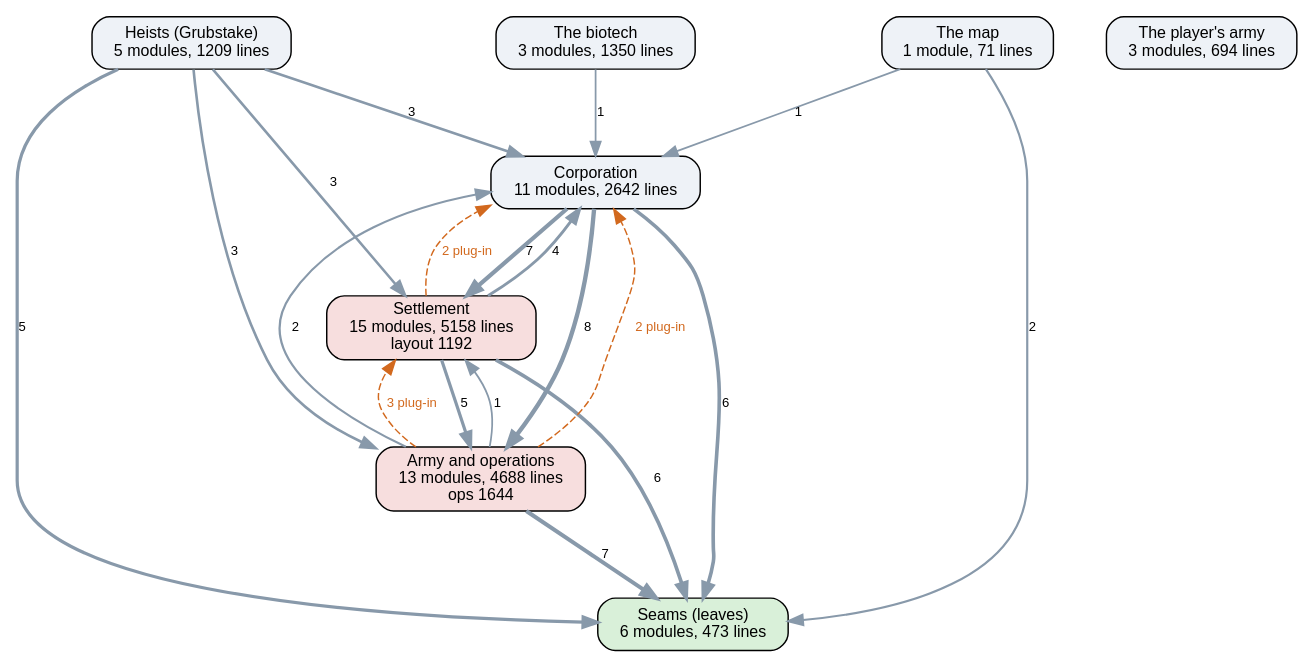
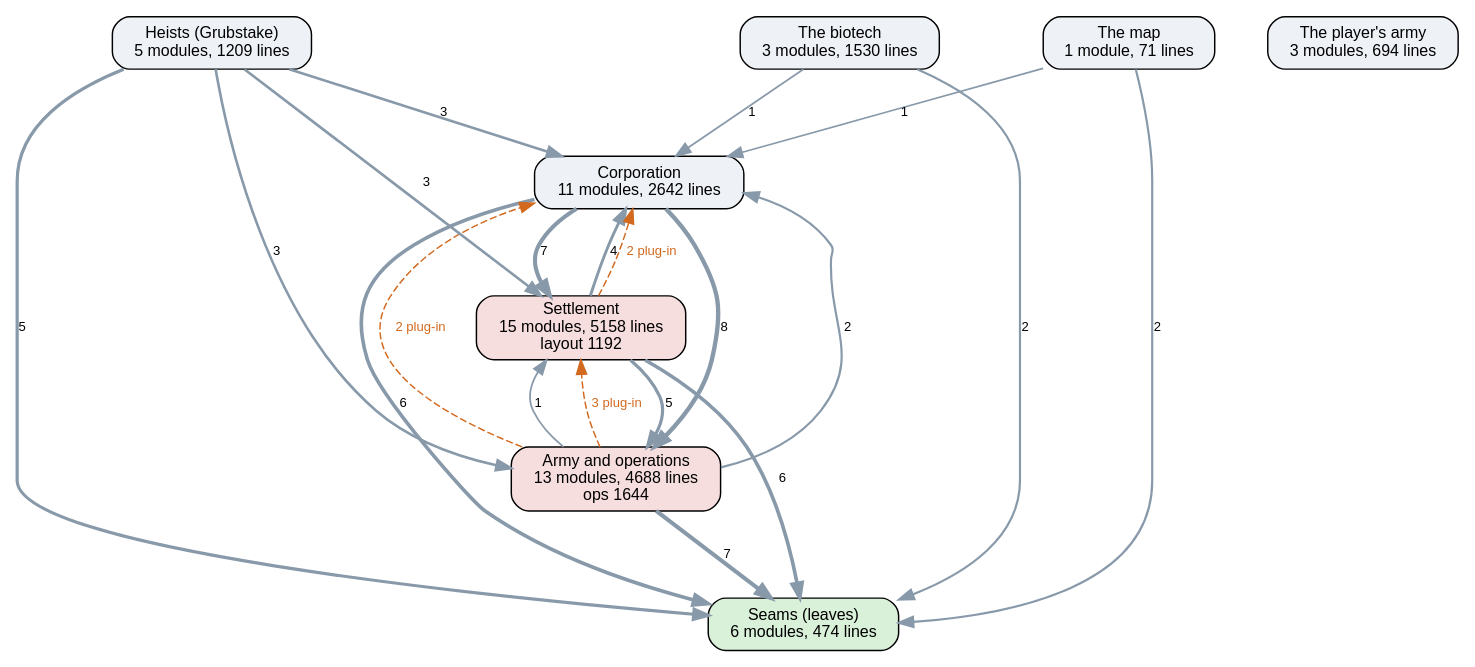
The diagram in docs/ai-layers.dot (kinelhu/landing-party), drawn with Graphviz before and after one commit. The commit also changed 26 other files, not shown here.

```diff
--- a/docs/ai-layers.dot
+++ b/docs/ai-layers.dot
@@ -1,32 +1,33 @@
 digraph layers {
   graph [rankdir=TB, fontname="Helvetica", nodesep=0.5, ranksep=0.7];
   node [shape=box, style="rounded,filled", fontname="Helvetica", fontsize=11, fillcolor="#eef2f7"];
   edge [color="#8899aa", fontname="Helvetica", fontsize=9];
-  "Seams (leaves)" [label="Seams (leaves)\n6 modules, 473 lines", fillcolor="#d9f0d9"];
+  "Seams (leaves)" [label="Seams (leaves)\n6 modules, 474 lines", fillcolor="#d9f0d9"];
   "Corporation" [label="Corporation\n11 modules, 2642 lines", fillcolor="#eef2f7"];
   "Settlement" [label="Settlement\n15 modules, 5158 lines\nlayout 1192", fillcolor="#f7dede"];
   "Army and operations" [label="Army and operations\n13 modules, 4688 lines\nops 1644", fillcolor="#f7dede"];
   "Heists (Grubstake)" [label="Heists (Grubstake)\n5 modules, 1209 lines", fillcolor="#eef2f7"];
-  "The biotech" [label="The biotech\n3 modules, 1350 lines", fillcolor="#eef2f7"];
+  "The biotech" [label="The biotech\n3 modules, 1530 lines", fillcolor="#eef2f7"];
   "The map" [label="The map\n1 module, 71 lines", fillcolor="#eef2f7"];
   "The player's army" [label="The player's army\n3 modules, 694 lines", fillcolor="#eef2f7"];
   "Army and operations" -> "Corporation" [label="2", penwidth=1.5];
   "Army and operations" -> "Seams (leaves)" [label="7", penwidth=2.8];
   "Army and operations" -> "Settlement" [label="1", penwidth=1.2];
   "Corporation" -> "Army and operations" [label="8", penwidth=3.0];
   "Corporation" -> "Seams (leaves)" [label="6", penwidth=2.5];
   "Corporation" -> "Settlement" [label="7", penwidth=2.8];
   "Heists (Grubstake)" -> "Army and operations" [label="3", penwidth=1.8];
   "Heists (Grubstake)" -> "Corporation" [label="3", penwidth=1.8];
   "Heists (Grubstake)" -> "Seams (leaves)" [label="5", penwidth=2.2];
   "Heists (Grubstake)" -> "Settlement" [label="3", penwidth=1.8];
   "Settlement" -> "Army and operations" [label="5", penwidth=2.2];
   "Settlement" -> "Corporation" [label="4", penwidth=2.0];
   "Settlement" -> "Seams (leaves)" [label="6", penwidth=2.5];
   "The biotech" -> "Corporation" [label="1", penwidth=1.2];
+  "The biotech" -> "Seams (leaves)" [label="2", penwidth=1.5];
   "The map" -> "Corporation" [label="1", penwidth=1.2];
   "The map" -> "Seams (leaves)" [label="2", penwidth=1.5];
   "Army and operations" -> "Corporation" [style=dashed, color="#d2691e", fontcolor="#d2691e", label="2 plug-in"];
   "Army and operations" -> "Settlement" [style=dashed, color="#d2691e", fontcolor="#d2691e", label="3 plug-in"];
   "Settlement" -> "Corporation" [style=dashed, color="#d2691e", fontcolor="#d2691e", label="2 plug-in"];
 }
```
